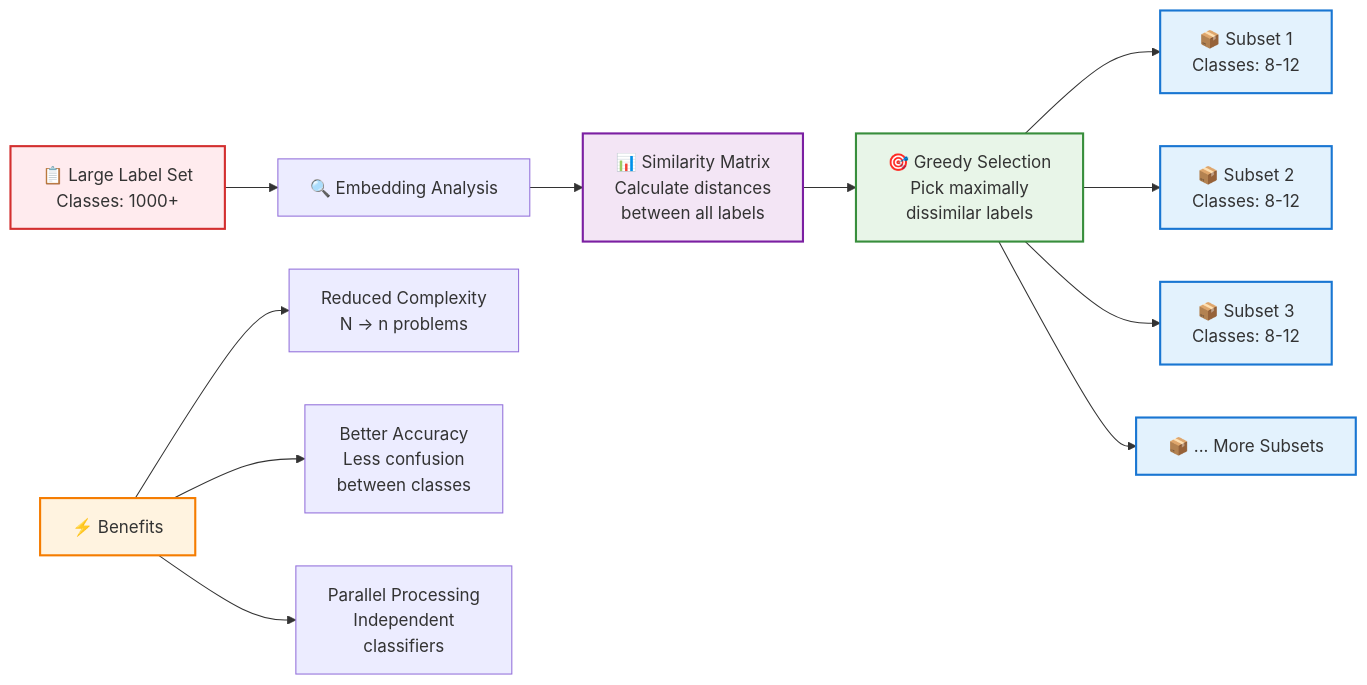
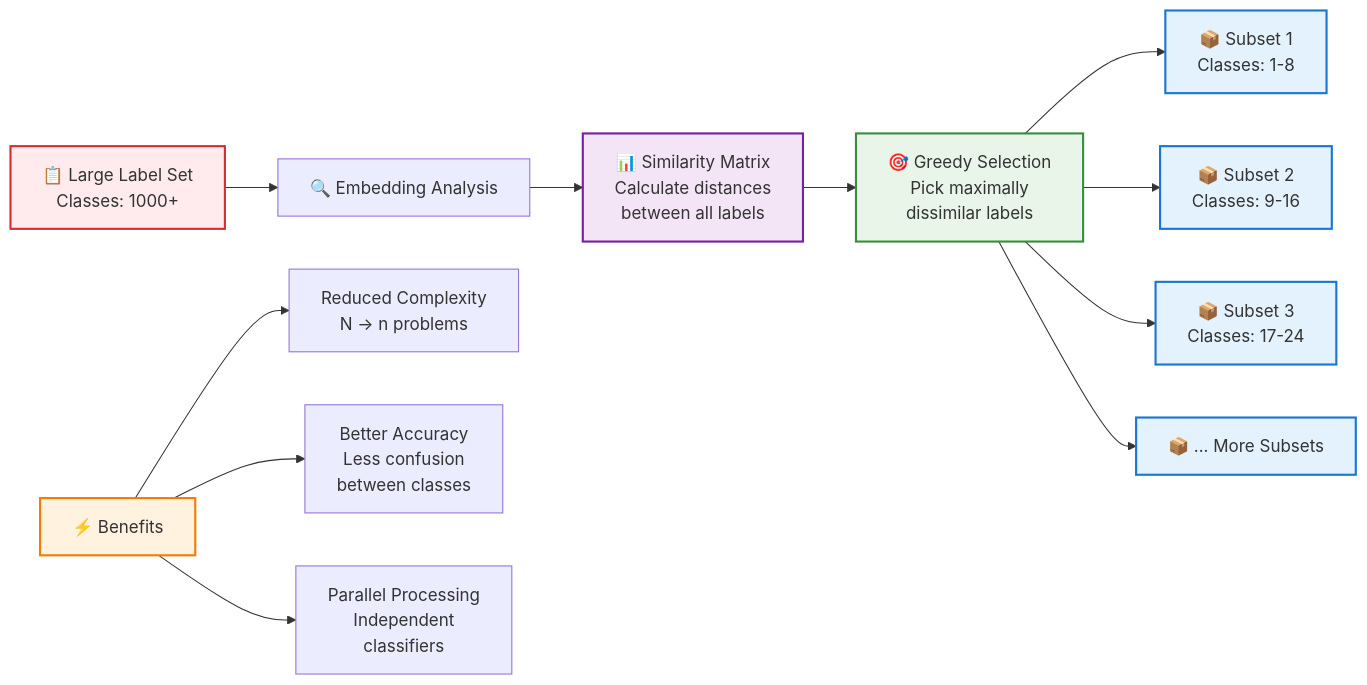
The second of 8 diagrams in README.md (aamir-nus/recursive_expert_delegation), drawn with Mermaid before and after one commit. The commit also changed other lines of this file and 3 other files, not shown here.

````diff
--- a/README.md
+++ b/README.md
@@ -50,26 +50,26 @@
 ```mermaid
 graph LR
     A["📋 Large Label Set<br/>Classes: 1000+"] --> B["🔍 Embedding Analysis"]
   
     B --> C["📊 Similarity Matrix<br/>Calculate distances<br/>between all labels"]
   
     C --> D["🎯 Greedy Selection<br/>Pick maximally<br/>dissimilar labels"]
   
-    D --> E["📦 Subset 1<br/>Classes: 8-12"]
-    D --> F["📦 Subset 2<br/>Classes: 8-12"]
-    D --> G["📦 Subset 3<br/>Classes: 8-12"]
+    D --> E["📦 Subset 1<br/>Classes: 1-8"]
+    D --> F["📦 Subset 2<br/>Classes: 9-16"]
+    D --> G["📦 Subset 3<br/>Classes: 17-24"]
     D --> H["📦 ... More Subsets"]
   
     I["⚡ Benefits"] --> J["Reduced Complexity<br/>N → n problems"]
     I --> K["Better Accuracy<br/>Less confusion<br/>between classes"]
     I --> L["Parallel Processing<br/>Independent<br/>classifiers"]
   
     style A fill:#ffebee,stroke:#d32f2f,stroke-width:2px
     style C fill:#f3e5f5,stroke:#7b1fa2,stroke-width:2px
     style D fill:#e8f5e8,stroke:#388e3c,stroke-width:2px
     style E fill:#e3f2fd,stroke:#1976d2,stroke-width:2px
     style F fill:#e3f2fd,stroke:#1976d2,stroke-width:2px
     style G fill:#e3f2fd,stroke:#1976d2,stroke-width:2px
     style H fill:#e3f2fd,stroke:#1976d2,stroke-width:2px
     style I fill:#fff3e0,stroke:#f57c00,stroke-width:2px
 ```
````
